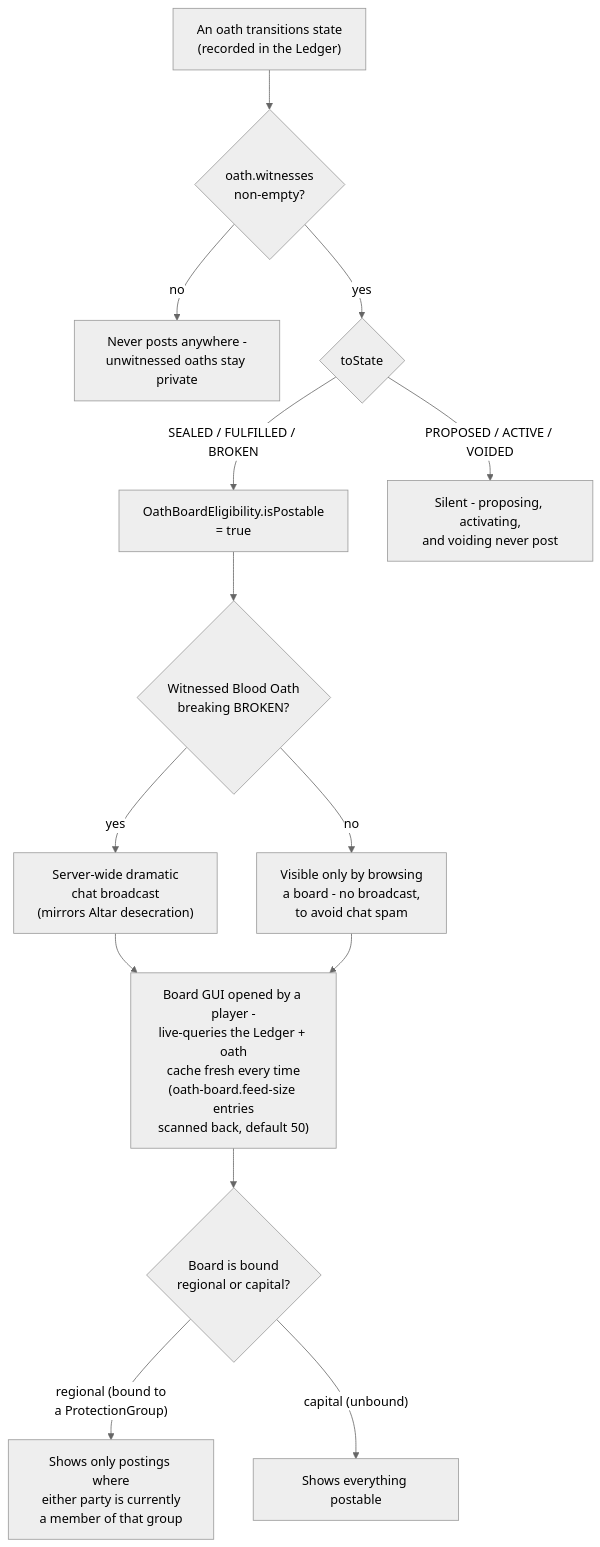
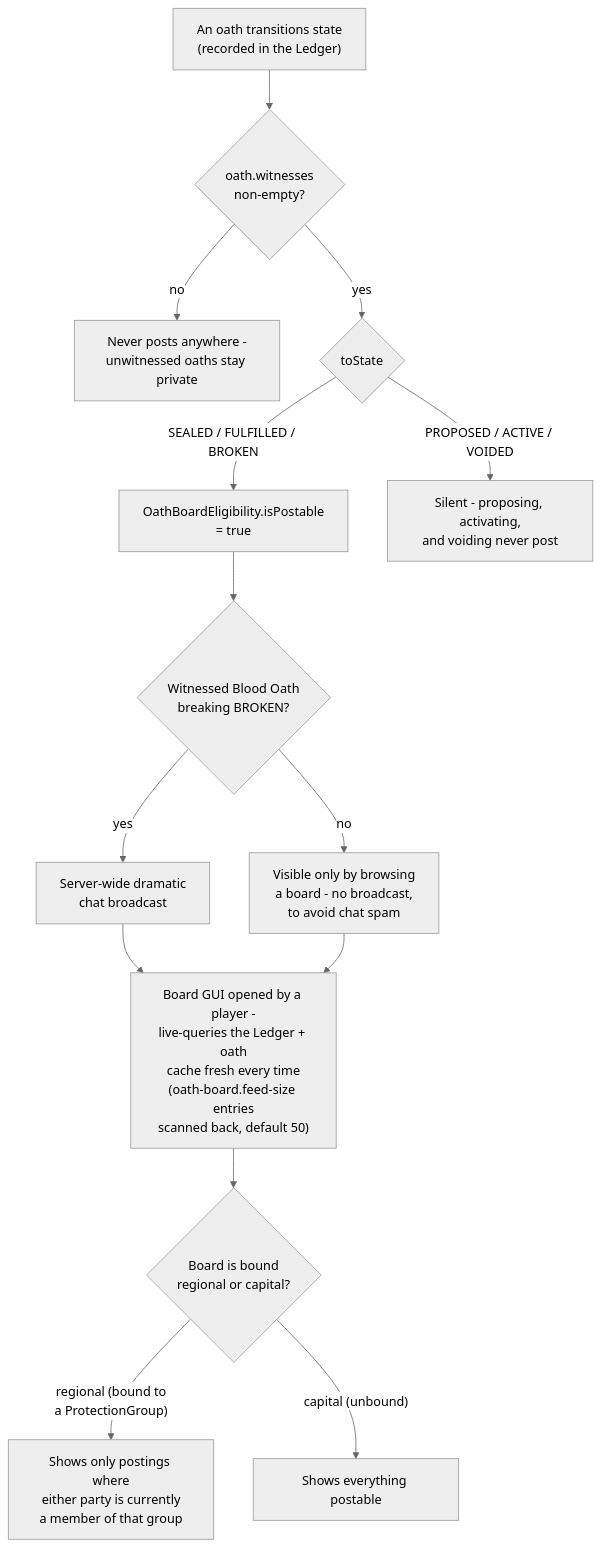
Before and after one commit to philbgarner/oathbound: the second of 2 diagrams in docs/notary-oath-board.md, drawn with Mermaid (neutral theme). The commit also changed other lines of this file and 121 other files, not shown here.

````diff
--- a/docs/notary-oath-board.md
+++ b/docs/notary-oath-board.md
@@ -36,18 +42,18 @@
 ```mermaid
 flowchart TD
     Transition["An oath transitions state\n(recorded in the Ledger)"] --> Witnessed{oath.witnesses\nnon-empty?}
     Witnessed -->|no| Silent1["Never posts anywhere -\nunwitnessed oaths stay private"]
     Witnessed -->|yes| ToState{toState}
     ToState -->|"SEALED / FULFILLED / BROKEN"| Postable["OathBoardEligibility.isPostable\n= true"]
     ToState -->|"PROPOSED / ACTIVE / VOIDED"| Silent2["Silent - proposing, activating,\nand voiding never post"]
 
     Postable --> BloodBreak{"Witnessed Blood Oath\nbreaking BROKEN?"}
-    BloodBreak -->|yes| Broadcast["Server-wide dramatic\nchat broadcast\n(mirrors Altar desecration)"]
+    BloodBreak -->|yes| Broadcast["Server-wide dramatic\nchat broadcast"]
     BloodBreak -->|no| BoardOnly["Visible only by browsing\na board - no broadcast,\nto avoid chat spam"]
 
     Broadcast --> Query
     BoardOnly --> Query["Board GUI opened by a player -\nlive-queries the Ledger + oath\ncache fresh every time\n(oath-board.feed-size entries\nscanned back, default 50)"]
     Query --> BoardType{Board is bound\nregional or capital?}
     BoardType -->|"regional (bound to\na ProtectionGroup)"| Regional["Shows only postings where\neither party is currently\na member of that group"]
     BoardType -->|"capital (unbound)"| Capital["Shows everything postable"]
 ```
````
